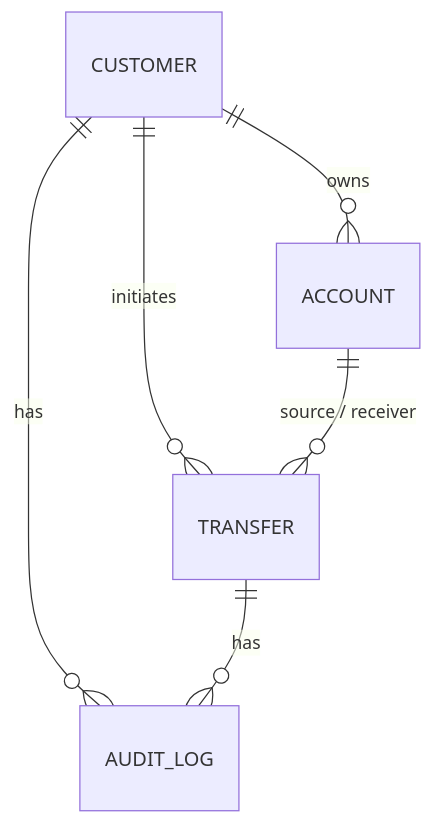
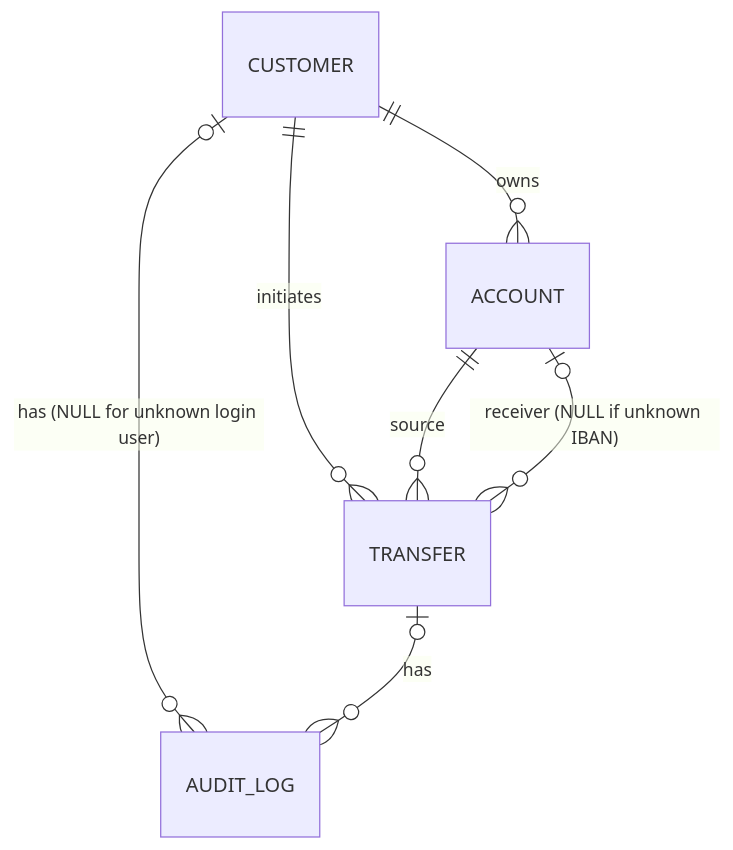
The second of 2 diagrams in README.md (ecemkuloglu/SwiftPay), drawn with Mermaid before and after one commit. The commit also changed other lines of this file and 3 other files, not shown here.

````diff
--- a/README.md
+++ b/README.md
@@ -76,8 +122,9 @@
 ```mermaid
 erDiagram
   CUSTOMER ||--o{ ACCOUNT : owns
   CUSTOMER ||--o{ TRANSFER : initiates
-  ACCOUNT  ||--o{ TRANSFER : "source / receiver"
-  CUSTOMER ||--o{ AUDIT_LOG : has
-  TRANSFER ||--o{ AUDIT_LOG : has
+  ACCOUNT ||--o{ TRANSFER : "source"
+  ACCOUNT |o--o{ TRANSFER : "receiver (NULL if unknown IBAN)"
+  CUSTOMER |o--o{ AUDIT_LOG : "has (NULL for unknown login user)"
+  TRANSFER |o--o{ AUDIT_LOG : has
 ```
````
